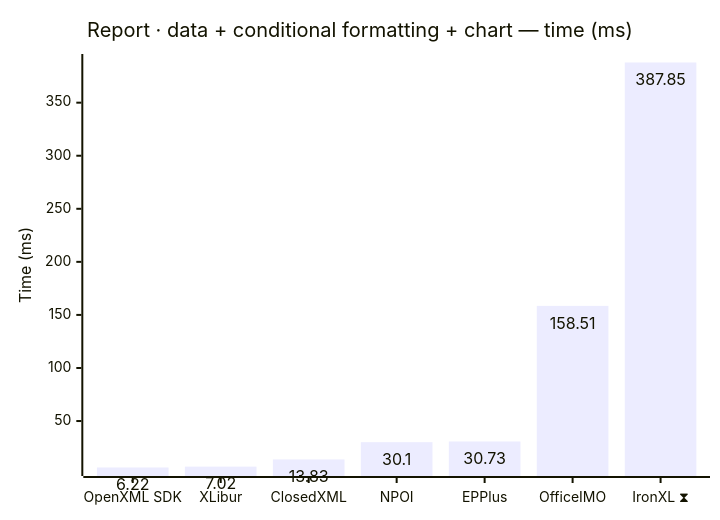
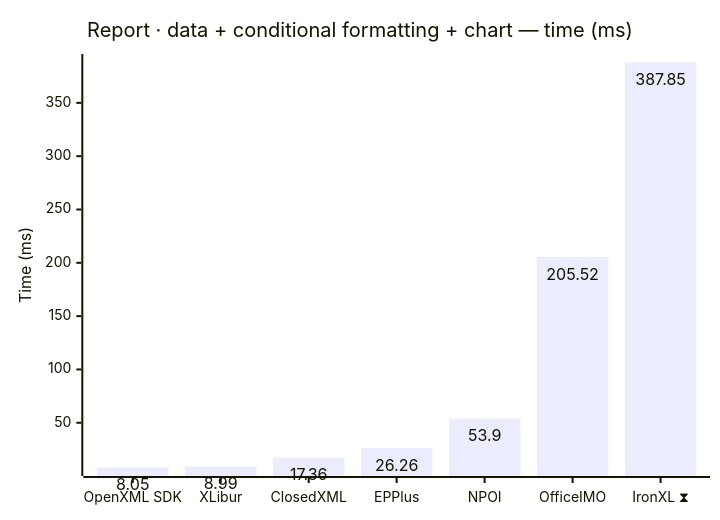
Before and after one commit to jafin/XLBench: the seventh of 12 diagrams in docs/results-ci.md, drawn with Mermaid. The commit also changed other lines of this file, not shown here.

````diff
--- a/docs/results-ci.md
+++ b/docs/results-ci.md
@@ -121,12 +121,12 @@
 ```mermaid
 ---
 config:
   xyChart:
     showDataLabel: true
 ---
 xychart-beta
     title "Report · data + conditional formatting + chart — time (ms)"
-    x-axis ["OpenXML SDK", "XLibur", "ClosedXML", "NPOI", "EPPlus", "OfficeIMO", "IronXL ⧗"]
+    x-axis ["OpenXML SDK", "XLibur", "ClosedXML", "EPPlus", "NPOI", "OfficeIMO", "IronXL ⧗"]
     y-axis "Time (ms)"
-    bar [6.22, 7.02, 13.83, 30.1, 30.73, 158.51, 387.85]
+    bar [8.05, 8.99, 17.36, 26.26, 53.9, 205.52, 387.85]
 ```
````
